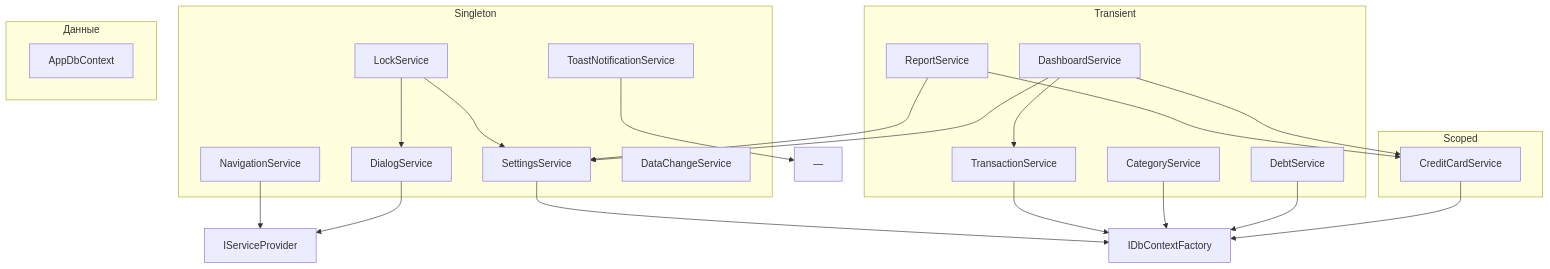
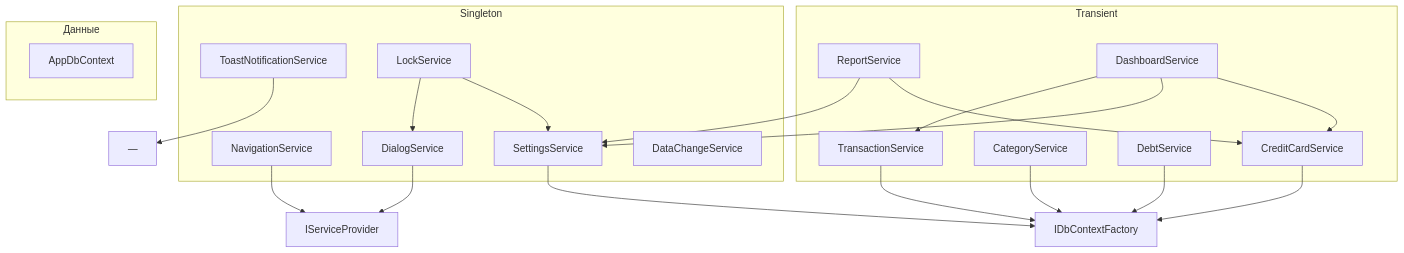
Before and after one commit to kommo1337/AutoKassa: the fourth of 4 diagrams in docs/kimi/02-architecture.md, drawn with Mermaid. The commit also changed other lines of this file and 112 other files, not shown here.

````diff
--- a/docs/kimi/02-architecture.md
+++ b/docs/kimi/02-architecture.md
@@ -273,43 +271,40 @@
 ```mermaid
 flowchart TB
     subgraph Singleton["Singleton"]
         NS["NavigationService"]
         SS["SettingsService"]
         DS["DialogService"]
         TNS["ToastNotificationService"]
         LS["LockService"]
         DCS["DataChangeService"]
     end
 
     subgraph Transient["Transient"]
         TS["TransactionService"]
         CS["CategoryService"]
         RS["ReportService"]
         DBS["DebtService"]
         DBSERV["DashboardService"]
-    end
-
-    subgraph Scoped["Scoped"]
         CCS["CreditCardService"]
     end
 
     subgraph Data["Данные"]
         CTX["AppDbContext"]
     end
 
     NS --> IProvider["IServiceProvider"]
     SS --> CTXFactory["IDbContextFactory<AppDbContext>"]
     DS --> IProvider
     TNS --> none["—"]
     LS --> DS
     LS --> SS
     TS --> CTXFactory
     CS --> CTXFactory
     RS --> SS
     RS --> CCS
     DBS --> CTXFactory
     DBSERV --> TS
     DBSERV --> SS
     DBSERV --> CCS
     CCS --> CTXFactory
 ```
````
